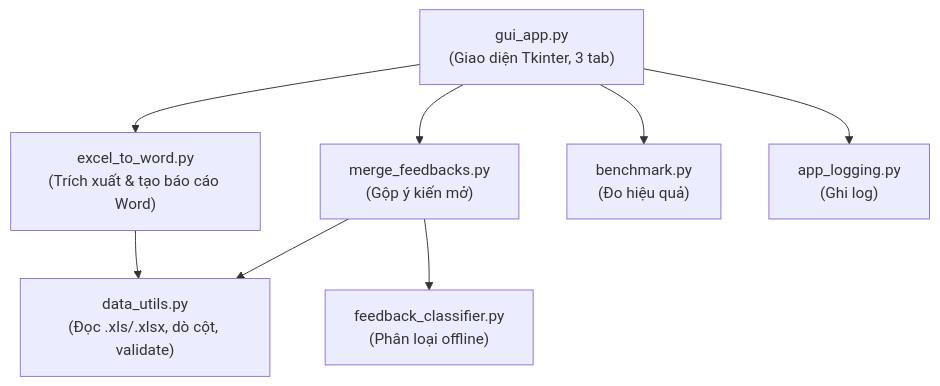
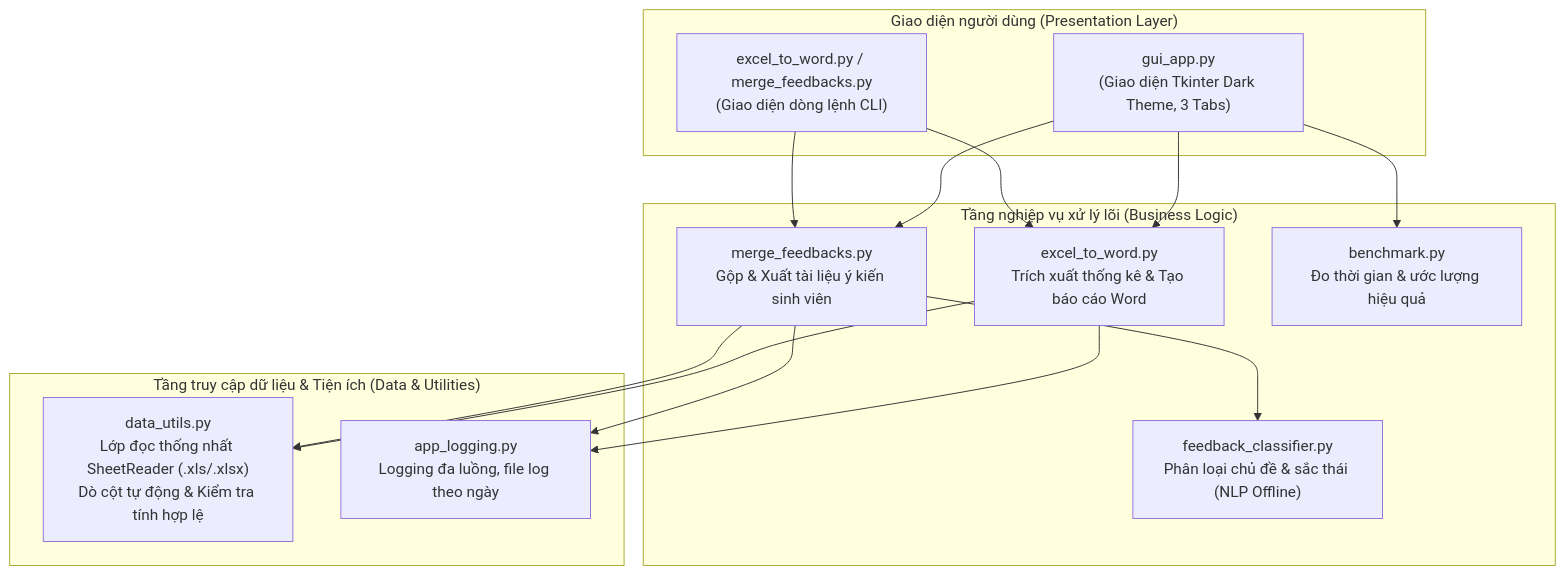
One commit to dqphong0302/dbcl_tonghop changed the diagram in README.md. Above: the diagram before and after it, drawn with Mermaid. The commit also changed other lines of this file and 20 other files, not shown here.

Commit message:
refactor: reorganize project structure, enhance NLP classifier, expand test suite, and overhaul README for GitHub

````diff
--- a/README.md
+++ b/README.md
@@ -21,18 +90,30 @@
 ```mermaid
 flowchart TD
-    GUI["gui_app.py<br/>(Giao diện Tkinter, 3 tab)"]
-    E2W["excel_to_word.py<br/>(Trích xuất & tạo báo cáo Word)"]
-    MF["merge_feedbacks.py<br/>(Gộp ý kiến mở)"]
-    DU["data_utils.py<br/>(Đọc .xls/.xlsx, dò cột, validate)"]
-    FC["feedback_classifier.py<br/>(Phân loại offline)"]
-    BM["benchmark.py<br/>(Đo hiệu quả)"]
-    LOG["app_logging.py<br/>(Ghi log)"]
+    subgraph UI["Giao diện người dùng (Presentation Layer)"]
+        GUI["gui_app.py<br/>(Giao diện Tkinter Dark Theme, 3 Tabs)"]
+        CLI["excel_to_word.py / merge_feedbacks.py<br/>(Giao diện dòng lệnh CLI)"]
+    end
+
+    subgraph Core["Tầng nghiệp vụ xử lý lõi (Business Logic)"]
+        E2W["excel_to_word.py<br/>Trích xuất thống kê & Tạo báo cáo Word"]
+        MF["merge_feedbacks.py<br/>Gộp & Xuất tài liệu ý kiến sinh viên"]
+        FC["feedback_classifier.py<br/>Phân loại chủ đề & sắc thái (NLP Offline)"]
+        BM["benchmark.py<br/>Đo thời gian & ước lượng hiệu quả"]
+    end
+
+    subgraph Data["Tầng truy cập dữ liệu & Tiện ích (Data & Utilities)"]
+        DU["data_utils.py<br/>Lớp đọc thống nhất SheetReader (.xls/.xlsx)<br/>Dò cột tự động & Kiểm tra tính hợp lệ"]
+        LOG["app_logging.py<br/>Logging đa luồng, file log theo ngày"]
+    end
 
     GUI --> E2W
     GUI --> MF
     GUI --> BM
+    CLI --> E2W
+    CLI --> MF
     E2W --> DU
+    E2W --> LOG
     MF --> DU
     MF --> FC
-    GUI --> LOG
+    MF --> LOG
 ```
````
